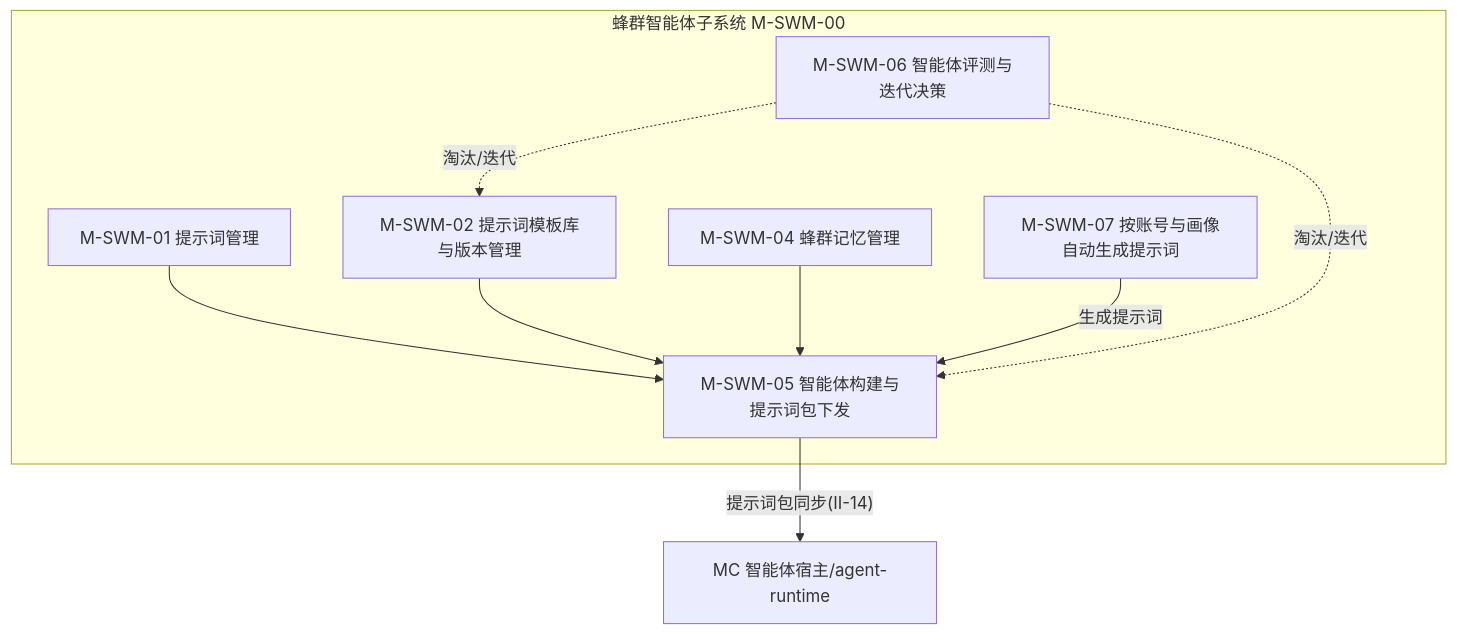
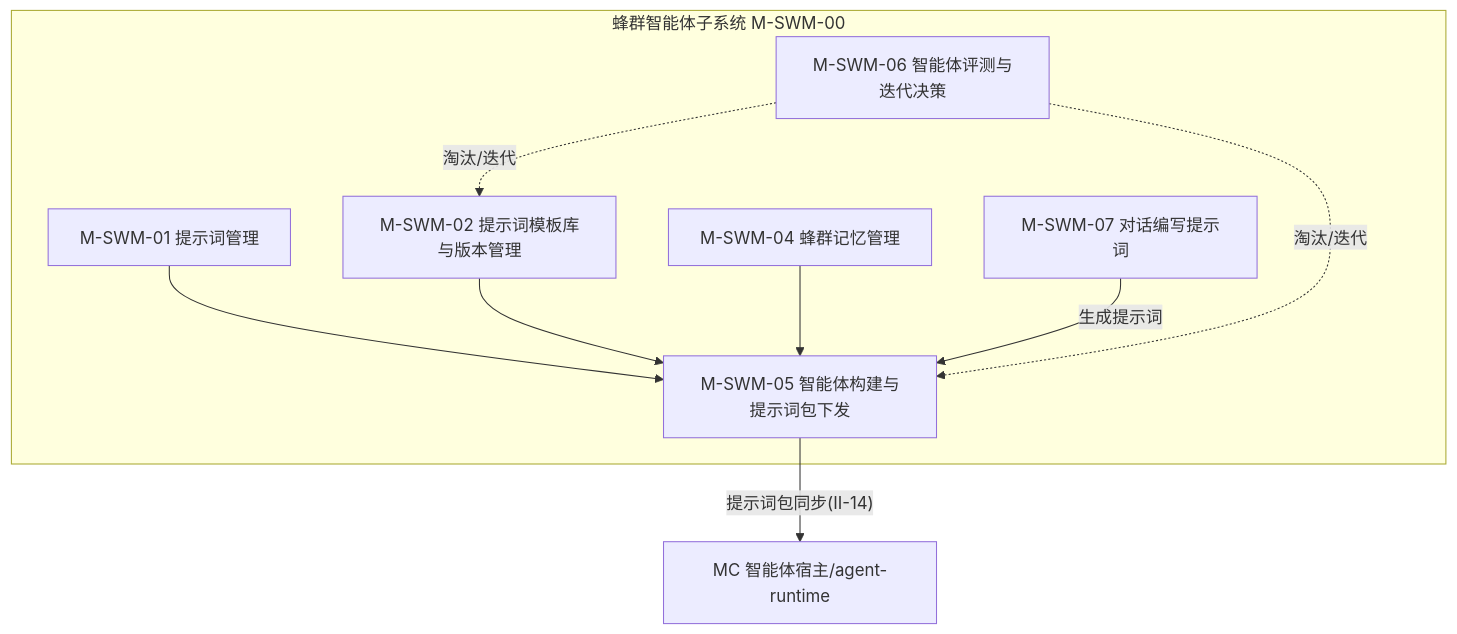
Diagram 13 of 14 in 公司项目/认知行动/文档/软件概要设计说明.md (Sj-g/obsidian), drawn with Mermaid before and after one commit. The commit also changed other lines of this file and 11 other files, not shown here.

````diff
--- a/公司项目/认知行动/文档/软件概要设计说明.md
+++ b/公司项目/认知行动/文档/软件概要设计说明.md
@@ -539,15 +543,15 @@
 ```mermaid
 flowchart TB
     subgraph SWM["蜂群智能体子系统 M-SWM-00"]
         SWM1["M-SWM-01 提示词管理"]
         SWM2["M-SWM-02 提示词模板库与版本管理"]
         SWM4["M-SWM-04 蜂群记忆管理"]
         SWM5["M-SWM-05 智能体构建与提示词包下发"]
         SWM6["M-SWM-06 智能体评测与迭代决策"]
-        SWM7["M-SWM-07 按账号与画像自动生成提示词"]
+        SWM7["M-SWM-07 对话编写提示词"]
         SWM1 & SWM2 & SWM4 --> SWM5
         SWM7 -->|"生成提示词"| SWM5
         SWM6 -.->|"淘汰/迭代"| SWM2 & SWM5
     end
     SWM5 -->|"提示词包同步(II-14)"| MC14["MC 智能体宿主/agent-runtime"]
 ```
````
